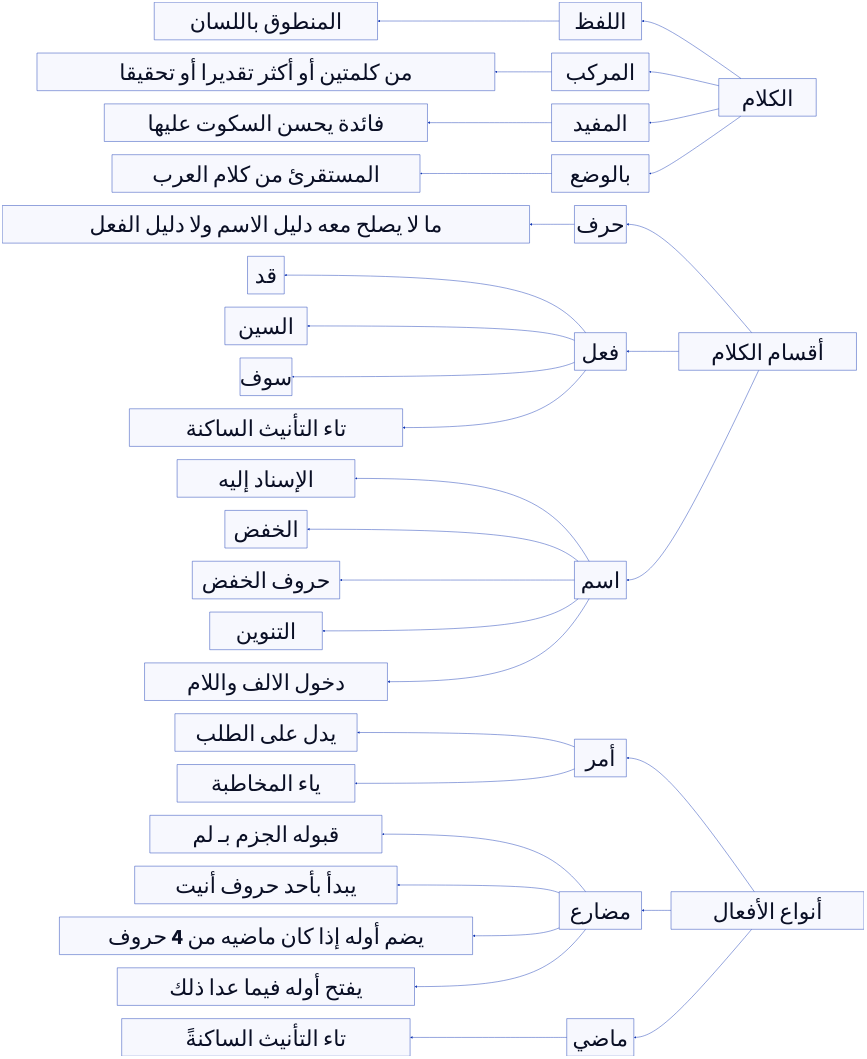
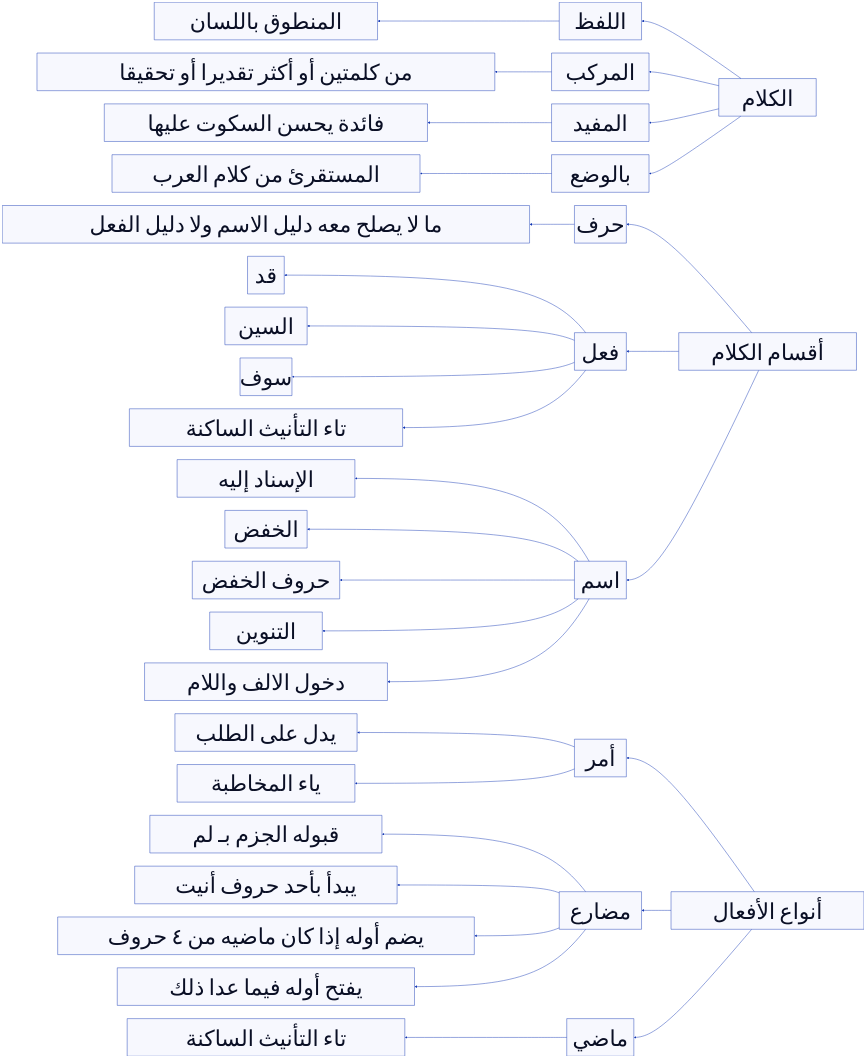
Before and after one commit to sanabel-al-firdaws/sanabel-al-firdaws.github.io: the diagram in src/content/docs/arabic/al-ajoromia.md, drawn with D2. The commit also changed other lines of this file and 2 other files, not shown here.

````diff
--- a/src/content/docs/arabic/al-ajoromia.md
+++ b/src/content/docs/arabic/al-ajoromia.md
@@ -398,61 +400,61 @@
  ```d2 
 direction: left
 *: {
     style.font-size: 100
     
 }
 
 
 الكلام -> اللفظ -> المنطوق باللسان
 الكلام -> المركب -> من كلمتين أو أكثر تقديرا أو تحقيقا
 الكلام -> المفيد -> فائدة يحسن السكوت عليها
 الكلام -> بالوضع -> المستقرئ من كلام العرب 
 
 
 
 
 
 
 
 أقسام الكلام -> حرف -> ما لا يصلح معه دليل الاسم ولا دليل الفعل
 أقسام الكلام -> فعل 
 أقسام الكلام  -> اسم
 
 
 فعل -> قد
 فعل -> السين
 فعل -> سوف
 فعل -> تاء التأنيث الساكنة
 
 اسم -> الإسناد إليه
 اسم -> الخفض
 اسم -> حروف الخفض
 اسم -> التنوين
 اسم -> دخول الالف واللام 
 
 
 
 
 
  
 
 
 
 
 أنواع الأفعال-> أمر
 أمر->  يدل على الطلب
 أمر->  ياء المخاطبة
 
 أنواع الأفعال-> مضارع
 مضارع -> قبوله الجزم بـ لم
 مضارع -> يبدأ بأحد حروف أنيت
-مضارع -> يضم أوله إذا كان ماضيه من 4 حروف
+مضارع -> يضم أوله إذا كان ماضيه من ٤ حروف
 مضارع -> يفتح أوله فيما عدا ذلك
 
-أنواع الأفعال-> ماضي -> ًتاء التأنيث الساكنة
+أنواع الأفعال-> ماضي ->  تاء التأنيث  الساكنة
 
 
 
 
 
 ```
````
